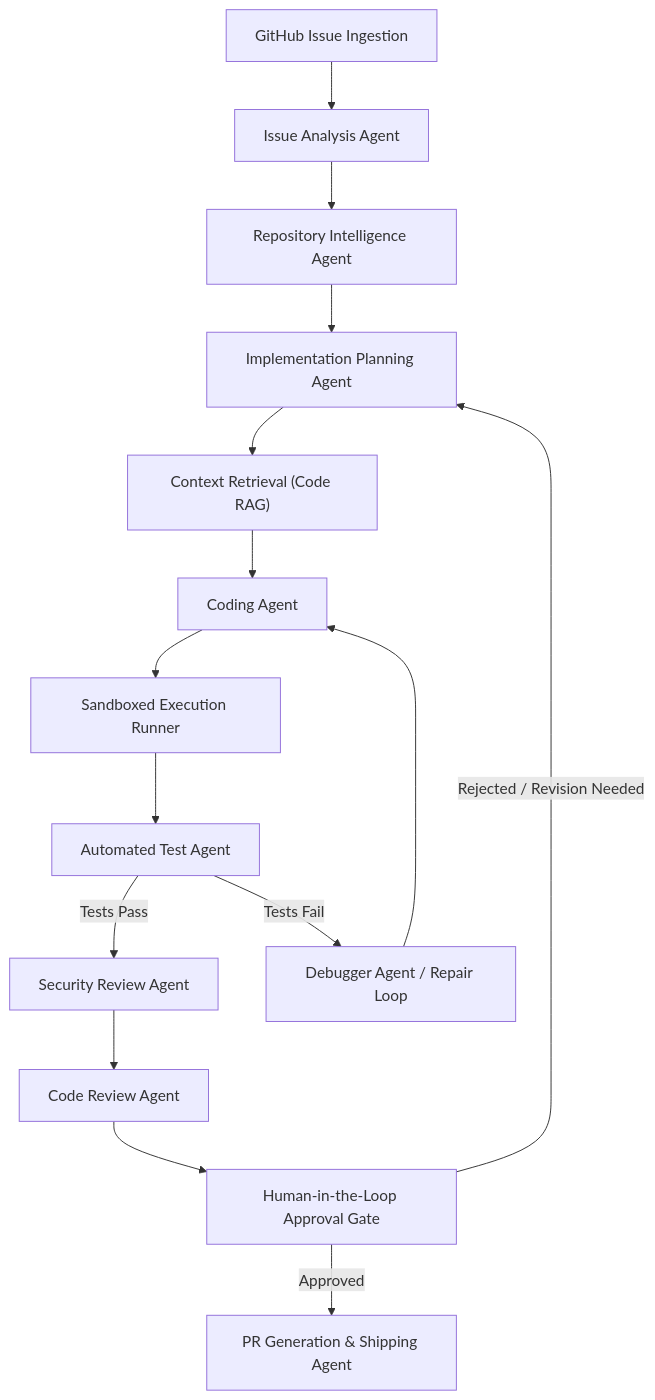
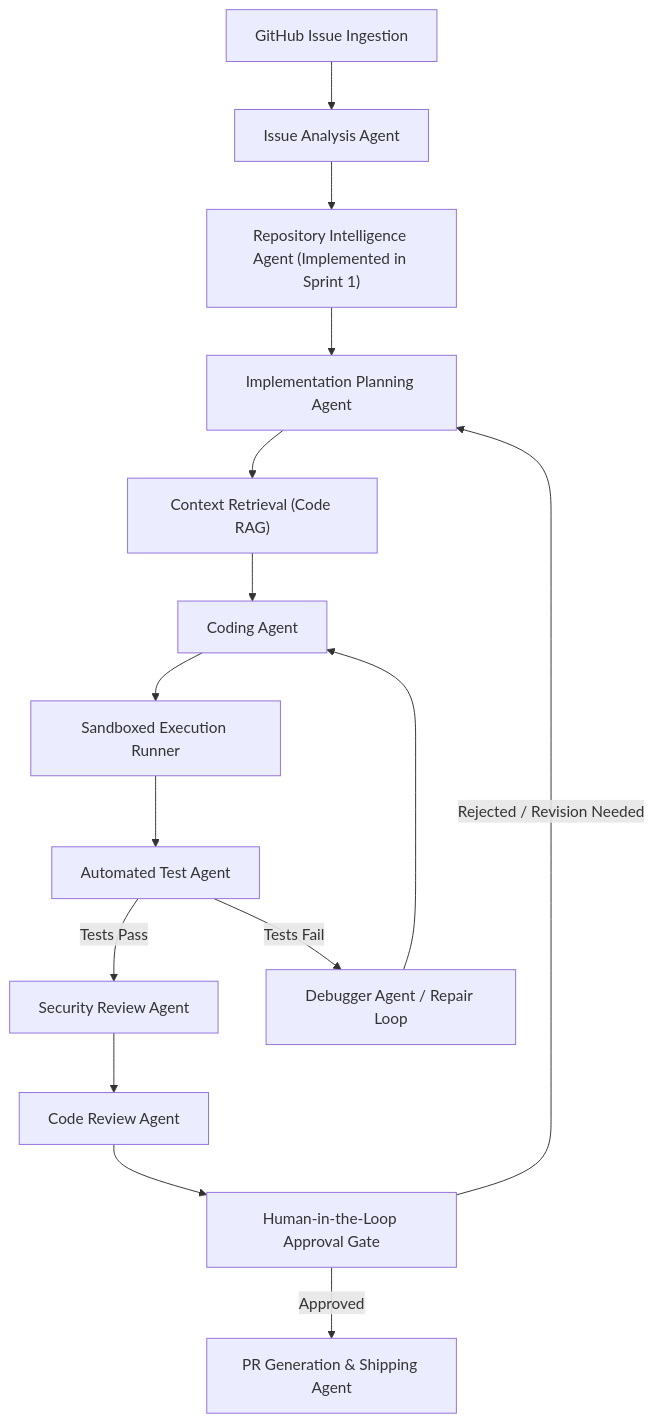
Before and after one commit to swikarb69/AgentForge: the diagram in docs/architecture.md, drawn with Mermaid. The commit also changed other lines of this file and 17 other files, not shown here.

````diff
--- a/docs/architecture.md
+++ b/docs/architecture.md
@@ -21,17 +29,17 @@
 ```mermaid
 flowchart TD
     A["GitHub Issue Ingestion"] --> B["Issue Analysis Agent"]
-    B --> C["Repository Intelligence Agent"]
+    B --> C["Repository Intelligence Agent (Implemented in Sprint 1)"]
     C --> D["Implementation Planning Agent"]
     D --> E["Context Retrieval (Code RAG)"]
     E --> F["Coding Agent"]
     F --> G["Sandboxed Execution Runner"]
     G --> H["Automated Test Agent"]
     H -->|Tests Pass| J["Security Review Agent"]
     H -->|Tests Fail| I["Debugger Agent / Repair Loop"]
     I --> F
     J --> K["Code Review Agent"]
     K --> L["Human-in-the-Loop Approval Gate"]
     L -->|Approved| M["PR Generation & Shipping Agent"]
     L -->|Rejected / Revision Needed| D
 ```
````
